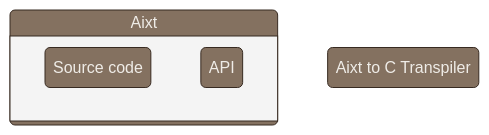
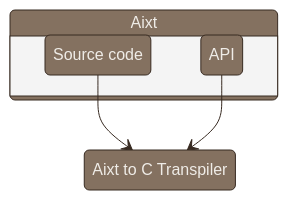
The second of 2 diagrams in logo/Aixt diagram.md (fermarsan/aixt), drawn with Mermaid before and after one commit.

Commit message:
mermaid diagram

````diff
--- a/logo/Aixt diagram.md
+++ b/logo/Aixt diagram.md
@@ -42,43 +42,46 @@
 ```mermaid
 %%{ init: { 'theme': 'base', 
             'themeVariables': { 'primaryColor': '#847160',
                                 'secondaryColor': '#6f7c84',
                                 'primaryTextColor': '#efece7',
                                 'primaryBorderColor': '#372a21',
                                 'tertiaryTextColor': '#c3c2f',
                                 'tertiaryBorderColor': '#472a21',
                                 'lineColor': '#372a21'
                               }
           }
 }%%
 
 stateDiagram-v2
 
     Aixt
     state Aixt {
         SC: Source code
         API
         }
 
     Aixt2C: Aixt to C Transpiler
 
+    SC  --> Aixt2C
+    API --> Aixt2C 
+
     %%subgraph C
     %%TC(Transpiled code)
     %%API_C(API in C) 
     %%end
     %%
     %%subgraph machine
     %%BF(Binary file)
     %%end
 %%
     %%SC  --> TR(Aixt to C\nTranspiler)
     %%API --> TR
     %%TR  --> TC
 %%
     %%TC    --> NC(Native C\nCompiler)
     %%API_C --> NC
     %%NC    --> machine
 
 %% general block diagram in mermaid.js
 %% converted in svg image by using https://mermaid.live/edit
 ```
````
